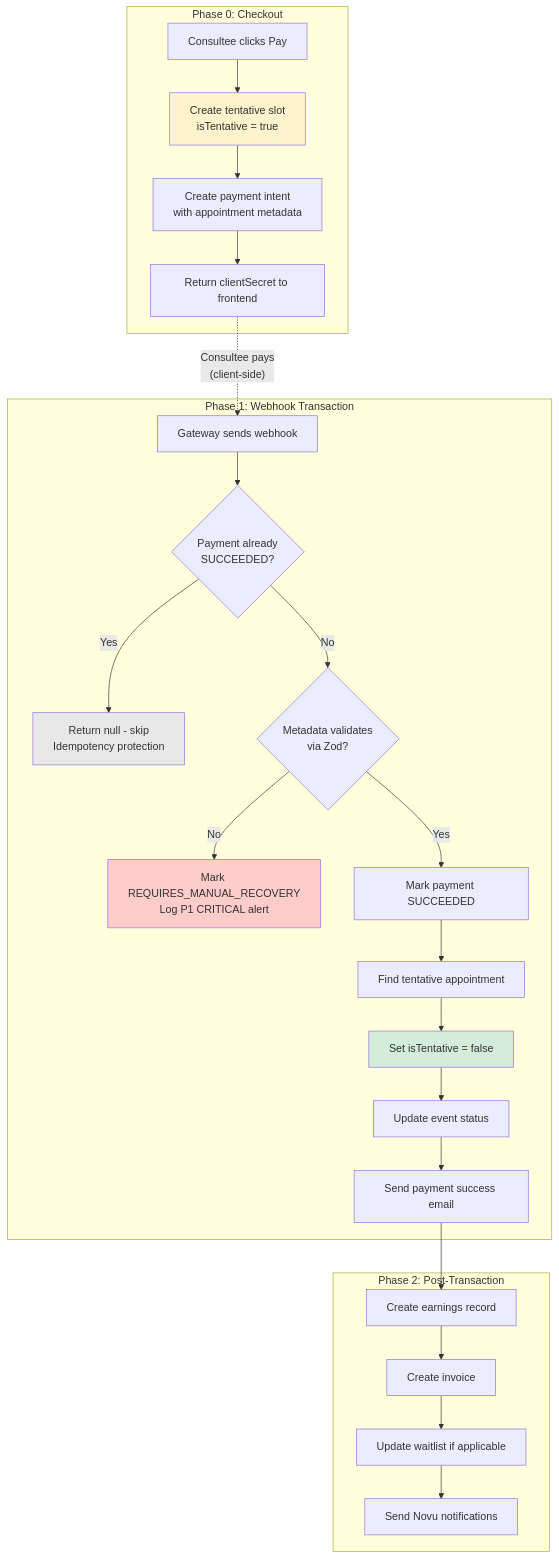
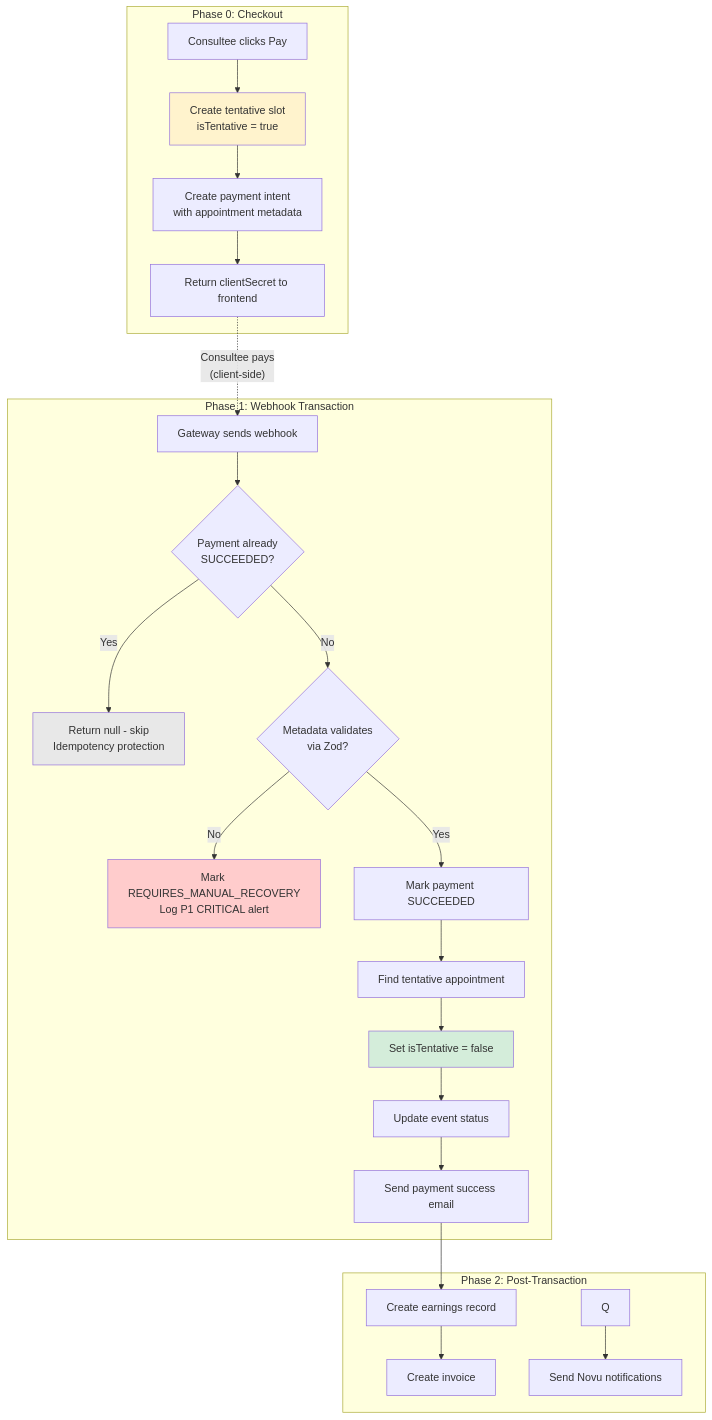
Before and after one commit to Practitionist/familiarise_web: the ninth of 16 diagrams in docs/booking/06-booking-lifecycle.md, drawn with Mermaid. The commit also changed other lines of this file and 181 other files, not shown here.

````diff
--- a/docs/booking/06-booking-lifecycle.md
+++ b/docs/booking/06-booking-lifecycle.md
@@ -724,34 +716,33 @@
 ```mermaid
 flowchart TD
     subgraph "Phase 0: Checkout"
         A[Consultee clicks Pay] --> B[Create tentative slot<br/>isTentative = true]
         B --> C[Create payment intent<br/>with appointment metadata]
         C --> D[Return clientSecret to frontend]
     end
 
     subgraph "Phase 1: Webhook Transaction"
         E[Gateway sends webhook] --> F{Payment already<br/>SUCCEEDED?}
         F -->|Yes| G[Return null - skip<br/>Idempotency protection]
         F -->|No| H{Metadata validates<br/>via Zod?}
         H -->|No| I[Mark REQUIRES_MANUAL_RECOVERY<br/>Log P1 CRITICAL alert]
         H -->|Yes| J[Mark payment SUCCEEDED]
         J --> K[Find tentative appointment]
         K --> L[Set isTentative = false]
         L --> M[Update event status]
         M --> N[Send payment success email]
     end
 
     subgraph "Phase 2: Post-Transaction"
         O[Create earnings record] --> P[Create invoice]
-        P --> Q[Update waitlist if applicable]
         Q --> R[Send Novu notifications]
     end
 
     D -.->|"Consultee pays<br/>(client-side)"| E
     N --> O
 
     style B fill:#fff3cd
     style L fill:#d4edda
     style I fill:#ffcccc
     style G fill:#e8e8e8
 ```
````
